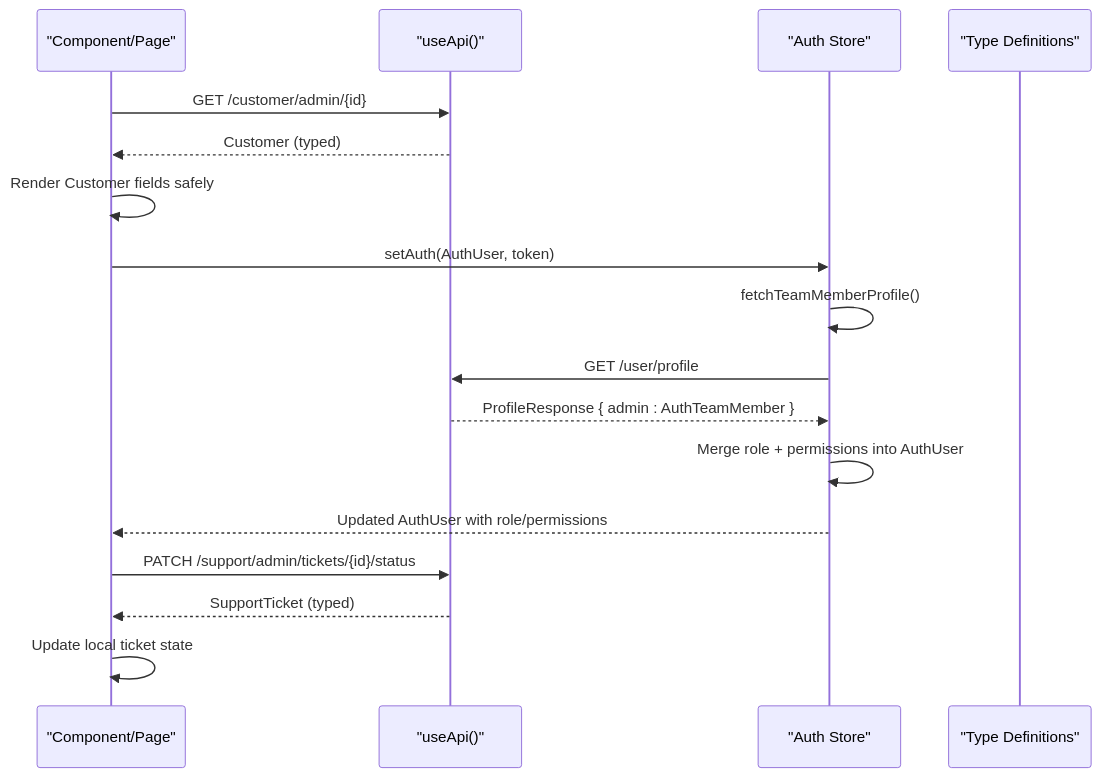
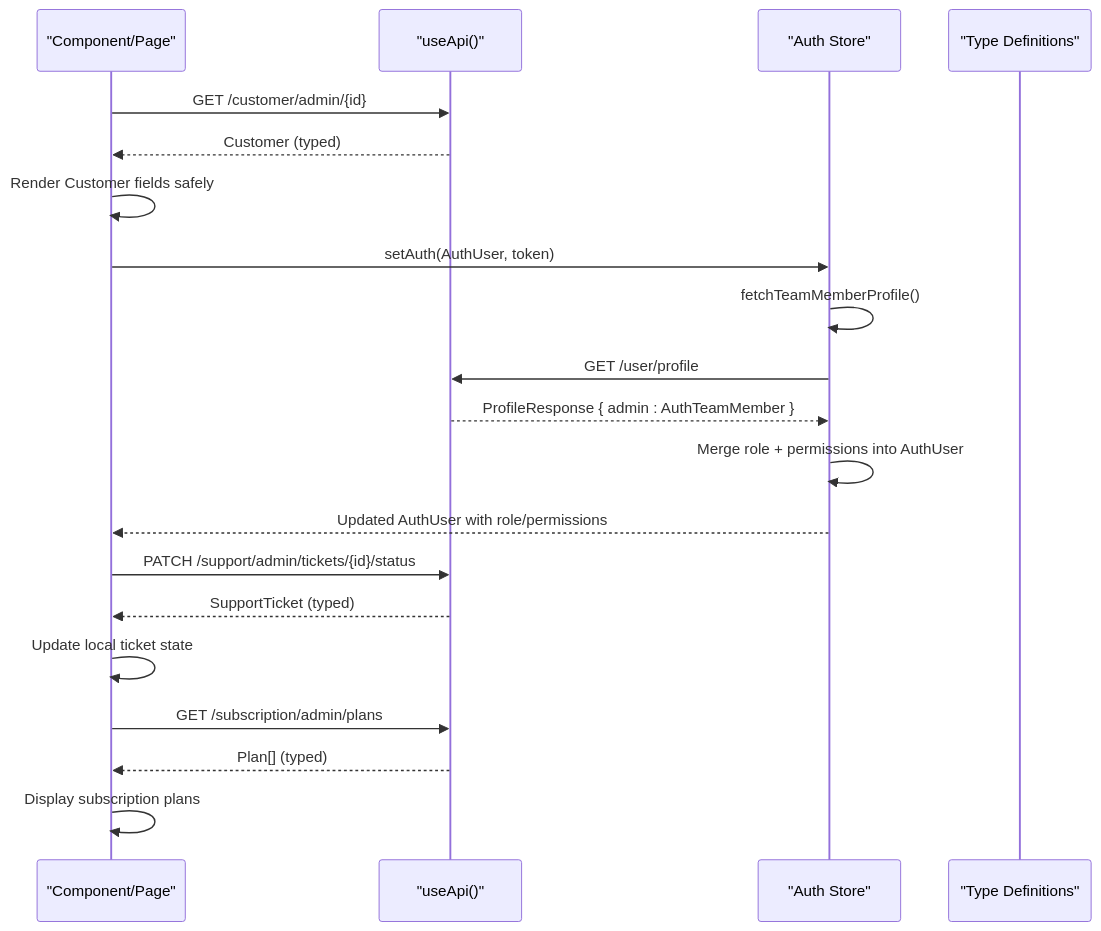
Before and after one commit to Lazynerd-Studios/lacarte-atlas-console: the second of 9 diagrams in .qoder/repowiki/en/content/Data Management & State/TypeScript Type Definitions.md, drawn with Mermaid. The commit also changed other lines of this file and 22 other files, not shown here.

````diff
--- a/.qoder/repowiki/en/content/Data Management & State/TypeScript Type Definitions.md
+++ b/.qoder/repowiki/en/content/Data Management & State/TypeScript Type Definitions.md
@@ -157,19 +181,22 @@
 ```mermaid
 sequenceDiagram
 participant UI as "Component/Page"
 participant Api as "useApi()"
 participant Store as "Auth Store"
 participant Types as "Type Definitions"
 UI->>Api : GET /customer/admin/{id}
 Api-->>UI : Customer (typed)
 UI->>UI : Render Customer fields safely
 UI->>Store : setAuth(AuthUser, token)
 Store->>Store : fetchTeamMemberProfile()
 Store->>Api : GET /user/profile
 Api-->>Store : ProfileResponse { admin : AuthTeamMember }
 Store->>Store : Merge role + permissions into AuthUser
 Store-->>UI : Updated AuthUser with role/permissions
 UI->>Api : PATCH /support/admin/tickets/{id}/status
 Api-->>UI : SupportTicket (typed)
 UI->>UI : Update local ticket state
+UI->>Api : GET /subscription/admin/plans
+Api-->>UI : Plan[] (typed)
+UI->>UI : Display subscription plans
 ```
````
